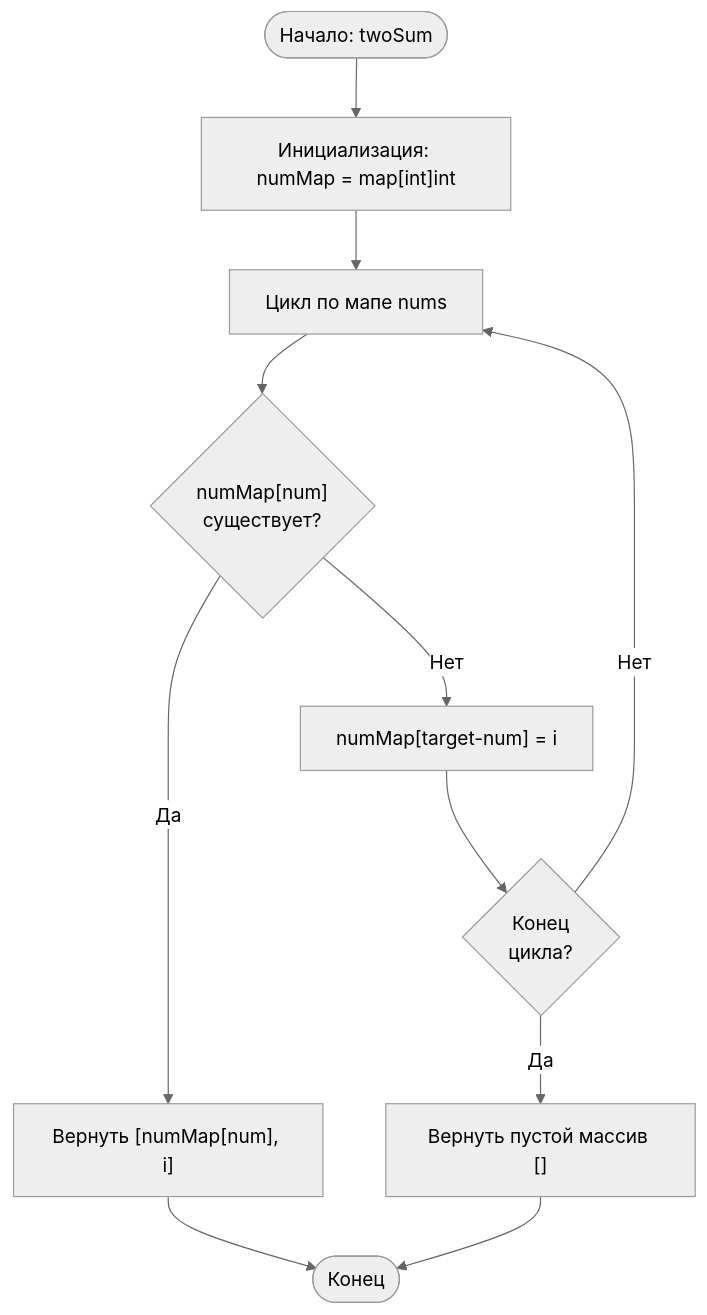
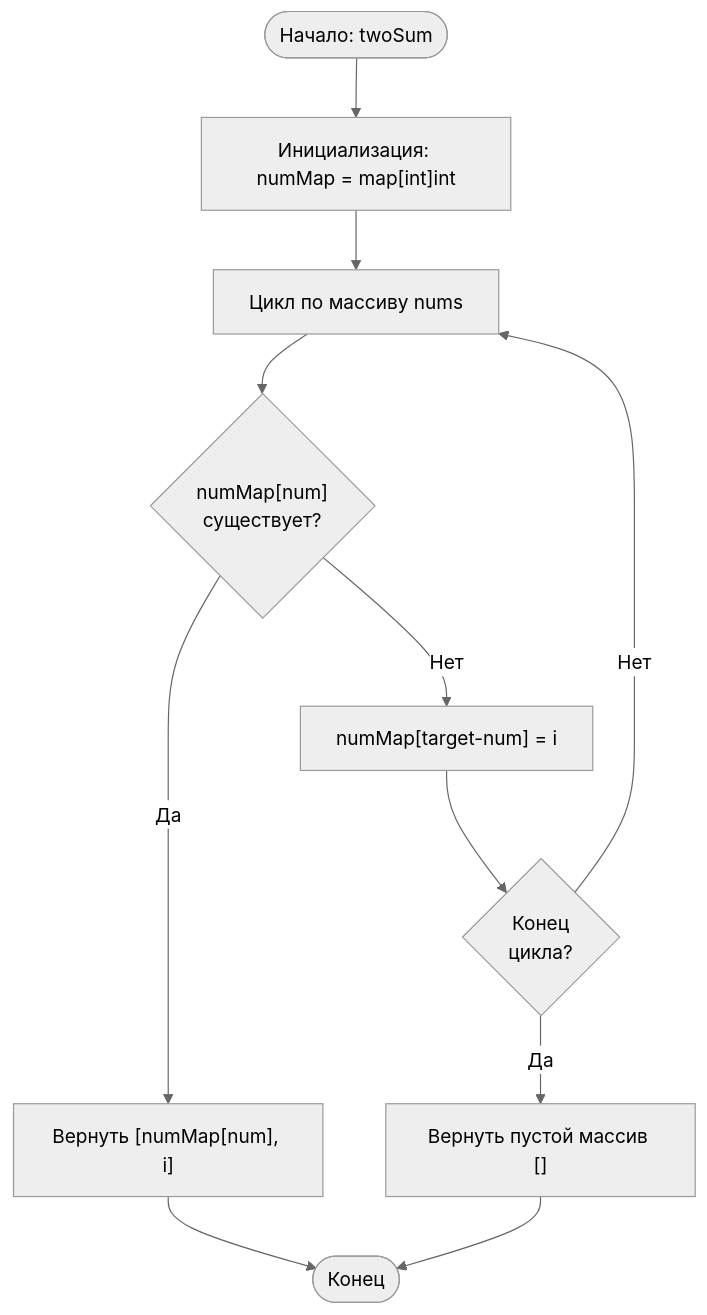
One commit to andrewhigh08/algo changed the diagram in leetcode/easy/1. Two Sum/README.md. Above: the diagram before and after it, drawn with Mermaid (neutral theme). The commit also changed other lines of this file and 152 other files, not shown here.

````diff
--- a/leetcode/easy/1. Two Sum/README.md
+++ b/leetcode/easy/1. Two Sum/README.md
@@ -50,13 +57,13 @@
 ```mermaid
 flowchart TD
     Start([Начало: twoSum]) --> Init["Инициализация: numMap = map[int]int"]
-    Init --> LoopStart["Цикл по мапе nums"]
-    LoopStart --> CheckMap{"numMap[num] \nсуществует?"}
+    Init --> LoopStart["Цикл по массиву nums"]
+    LoopStart --> CheckMap{"numMap[num]<br>существует?"}
     CheckMap -->|Да| Return["Вернуть [numMap[num], i]"]
     CheckMap -->|Нет| StoreComplement["numMap[target-num] = i"]
-    StoreComplement --> Continue{"Конец \nцикла?"}
+    StoreComplement --> Continue{"Конец<br>цикла?"}
     Continue -->|Нет| LoopStart
     Continue -->|Да| ReturnEmpty["Вернуть пустой массив []"]
     Return --> End([Конец])
     ReturnEmpty --> End
 ```
````
